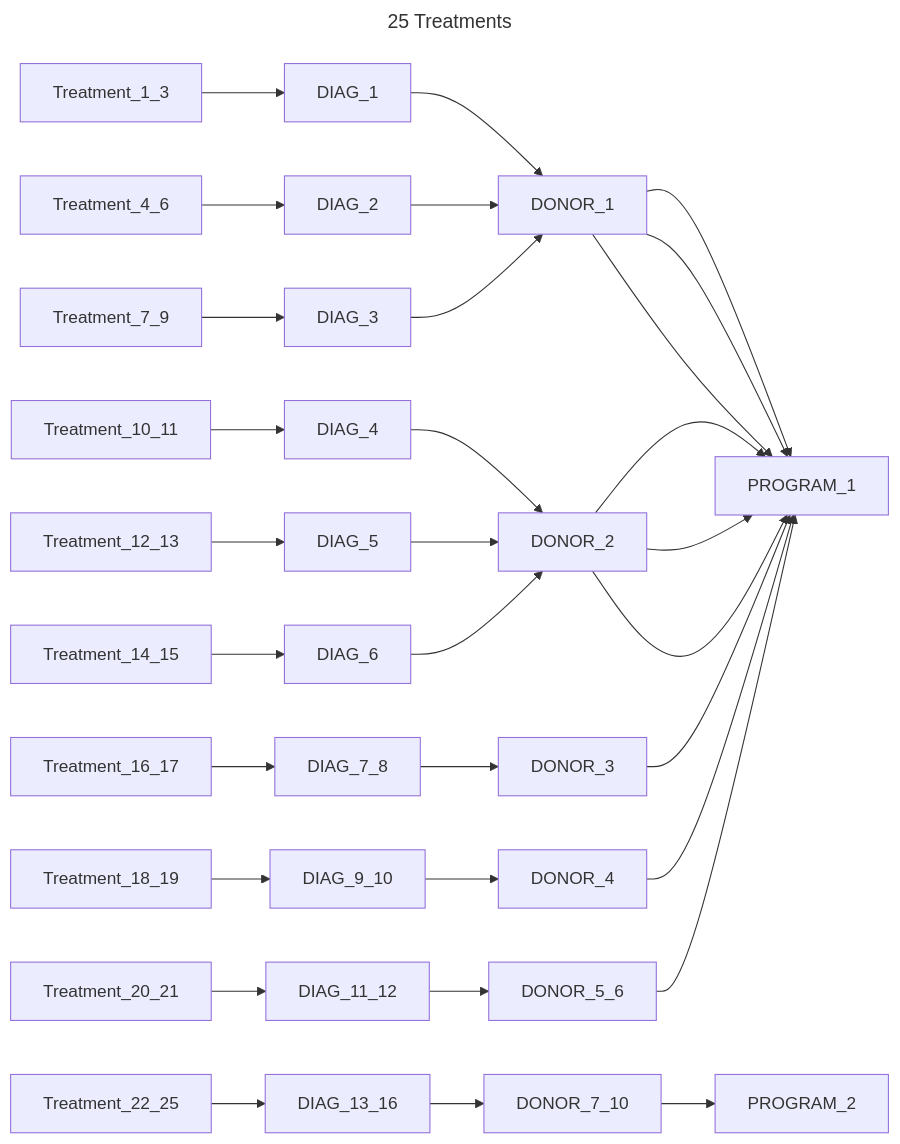
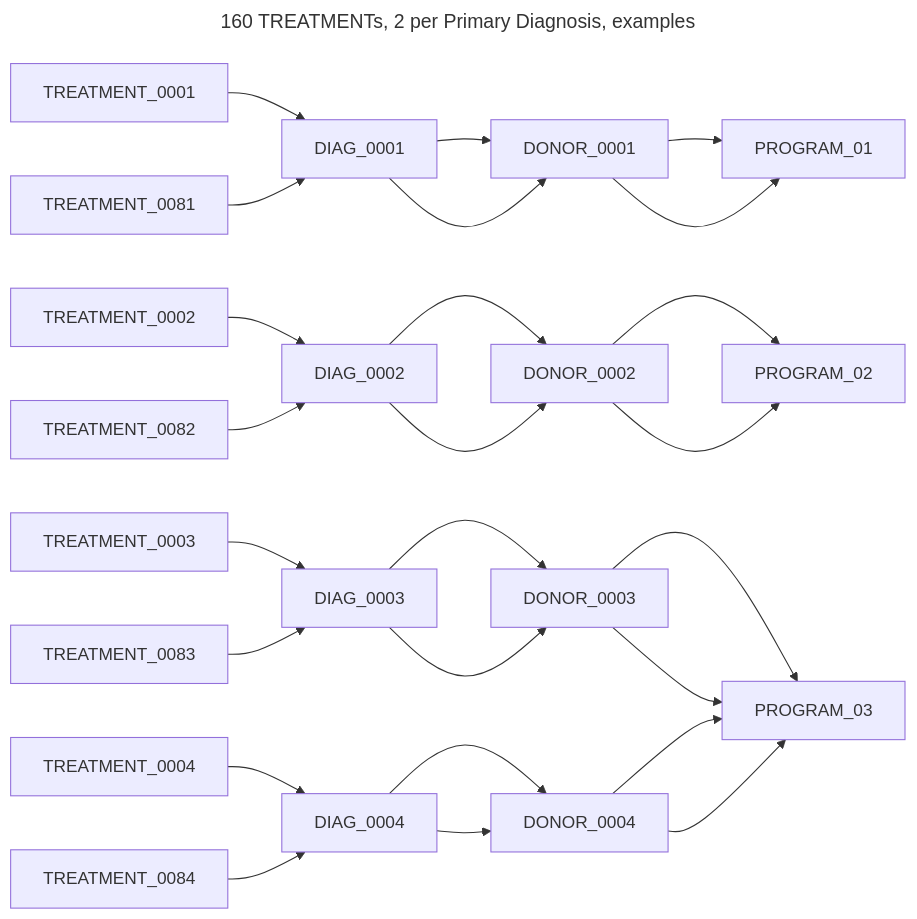
Before and after one commit to CanDIG/katsu: the fifth of 14 diagrams in chord_metadata_service/mohpackets/data/small_dataset/README.md, drawn with Mermaid. The commit also changed other lines of this file and 2 other files, not shown here.

Commit message:
check graphs

````diff
--- a/chord_metadata_service/mohpackets/data/small_dataset/README.md
+++ b/chord_metadata_service/mohpackets/data/small_dataset/README.md
@@ -93,16 +93,14 @@
 ```mermaid
 ---
-title: 25 Treatments
+title: 160 TREATMENTs, 2 per Primary Diagnosis, examples
 ---
 graph LR;  
-  Treatment_1_3 --> DIAG_1 --> DONOR_1 --> PROGRAM_1;  
-  Treatment_4_6 --> DIAG_2 --> DONOR_1 --> PROGRAM_1;  
-  Treatment_7_9 --> DIAG_3 --> DONOR_1 --> PROGRAM_1;  
-  Treatment_10_11 --> DIAG_4 --> DONOR_2 --> PROGRAM_1;  
-  Treatment_12_13 --> DIAG_5 --> DONOR_2 --> PROGRAM_1;  
-  Treatment_14_15 --> DIAG_6 --> DONOR_2 --> PROGRAM_1; 
-  Treatment_16_17 --> DIAG_7_8 --> DONOR_3 --> PROGRAM_1;  
-  Treatment_18_19 --> DIAG_9_10 --> DONOR_4 --> PROGRAM_1;  
-  Treatment_20_21 --> DIAG_11_12 --> DONOR_5_6 --> PROGRAM_1;  
-  Treatment_22_25 --> DIAG_13_16 --> DONOR_7_10 --> PROGRAM_2;
+  TREATMENT_0001 --> DIAG_0001 --> DONOR_0001 --> PROGRAM_01;
+  TREATMENT_0081 --> DIAG_0001 --> DONOR_0001 --> PROGRAM_01;  
+  TREATMENT_0002 --> DIAG_0002 --> DONOR_0002 --> PROGRAM_02; 
+  TREATMENT_0082 --> DIAG_0002 --> DONOR_0002 --> PROGRAM_02;  
+  TREATMENT_0003 --> DIAG_0003 --> DONOR_0003 --> PROGRAM_03; 
+  TREATMENT_0083 --> DIAG_0003 --> DONOR_0003 --> PROGRAM_03; 
+  TREATMENT_0004 --> DIAG_0004 --> DONOR_0004 --> PROGRAM_03; 
+  TREATMENT_0084 --> DIAG_0004 --> DONOR_0004 --> PROGRAM_03; 
 ```
````
